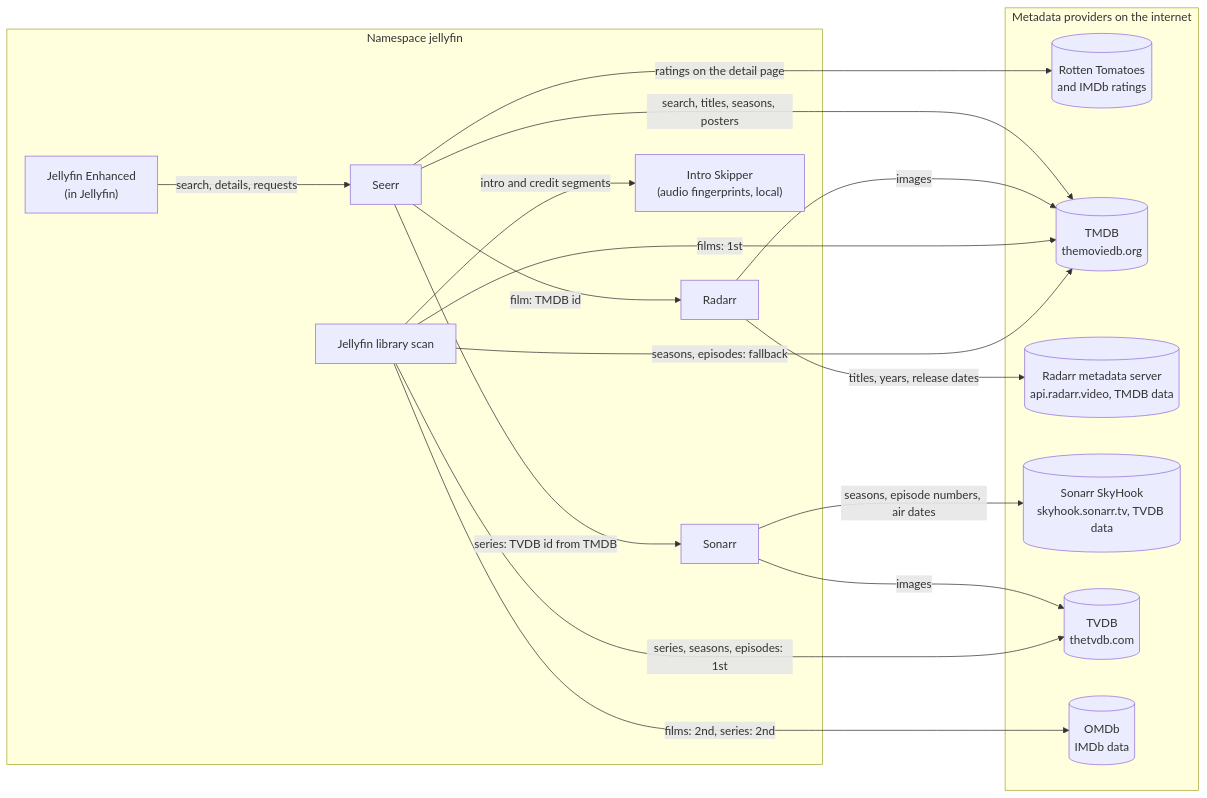
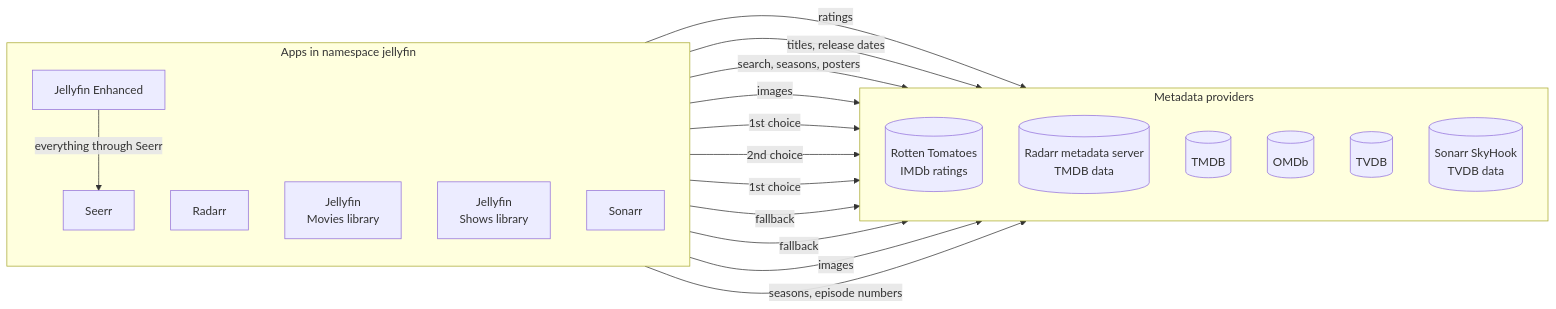
Before and after one commit to Yornik/sharkshere-gitops: the second of 2 diagrams in docs/runbooks/seerr-sonarr.md, drawn with Mermaid. The commit also changed 1 other file, not shown here.

Commit message:
docs: simplify the metadata diagram so edges do not overlap
Claude-Session: https://claude.ai/code/session_01RgCDTkLLgGjTx4SN4uWshX

````diff
--- a/docs/runbooks/seerr-sonarr.md
+++ b/docs/runbooks/seerr-sonarr.md
@@ -74,35 +74,35 @@
 ```mermaid
 flowchart LR
-  subgraph NS["Namespace jellyfin"]
+  subgraph Apps["Apps in namespace jellyfin"]
+    direction TB
+    JE["Jellyfin Enhanced"]
     Seerr["Seerr"]
-    JE["Jellyfin Enhanced<br/>(in Jellyfin)"]
     Radarr["Radarr"]
+    JFM["Jellyfin<br/>Movies library"]
+    JFS["Jellyfin<br/>Shows library"]
     Sonarr["Sonarr"]
-    Jellyfin["Jellyfin library scan"]
-    Intro["Intro Skipper<br/>(audio fingerprints, local)"]
   end
 
-  subgraph Ext["Metadata providers on the internet"]
-    Ratings[("Rotten Tomatoes<br/>and IMDb ratings")]
-    TMDB[("TMDB<br/>themoviedb.org")]
-    RadarrMeta[("Radarr metadata server<br/>api.radarr.video, TMDB data")]
-    SkyHook[("Sonarr SkyHook<br/>skyhook.sonarr.tv, TVDB data")]
-    TVDB[("TVDB<br/>thetvdb.com")]
-    OMDb[("OMDb<br/>IMDb data")]
+  subgraph Ext["Metadata providers"]
+    direction TB
+    Ratings[("Rotten Tomatoes<br/>IMDb ratings")]
+    RadarrMeta[("Radarr metadata server<br/>TMDB data")]
+    TMDB[("TMDB")]
+    OMDb[("OMDb")]
+    TVDB[("TVDB")]
+    SkyHook[("Sonarr SkyHook<br/>TVDB data")]
   end
 
-  JE -->|"search, details, requests"| Seerr
-  Seerr -->|"search, titles, seasons, posters"| TMDB
-  Seerr -->|"ratings on the detail page"| Ratings
-  Seerr -->|"film: TMDB id"| Radarr
-  Seerr -->|"series: TVDB id from TMDB"| Sonarr
-  Radarr -->|"titles, years, release dates"| RadarrMeta
+  JE -->|"everything through Seerr"| Seerr
+  Seerr -->|ratings| Ratings
+  Radarr -->|"titles, release dates"| RadarrMeta
+  Seerr -->|"search, seasons, posters"| TMDB
   Radarr -->|images| TMDB
-  Sonarr -->|"seasons, episode numbers, air dates"| SkyHook
+  JFM -->|"1st choice"| TMDB
+  JFM -->|"2nd choice"| OMDb
+  JFS -->|"1st choice"| TVDB
+  JFS -->|"fallback"| TMDB
+  JFS -->|"fallback"| OMDb
   Sonarr -->|images| TVDB
-  Jellyfin -->|"films: 1st"| TMDB
-  Jellyfin -->|"films: 2nd, series: 2nd"| OMDb
-  Jellyfin -->|"series, seasons, episodes: 1st"| TVDB
-  Jellyfin -->|"seasons, episodes: fallback"| TMDB
-  Jellyfin -->|"intro and credit segments"| Intro
+  Sonarr -->|"seasons, episode numbers"| SkyHook
 ```
````
